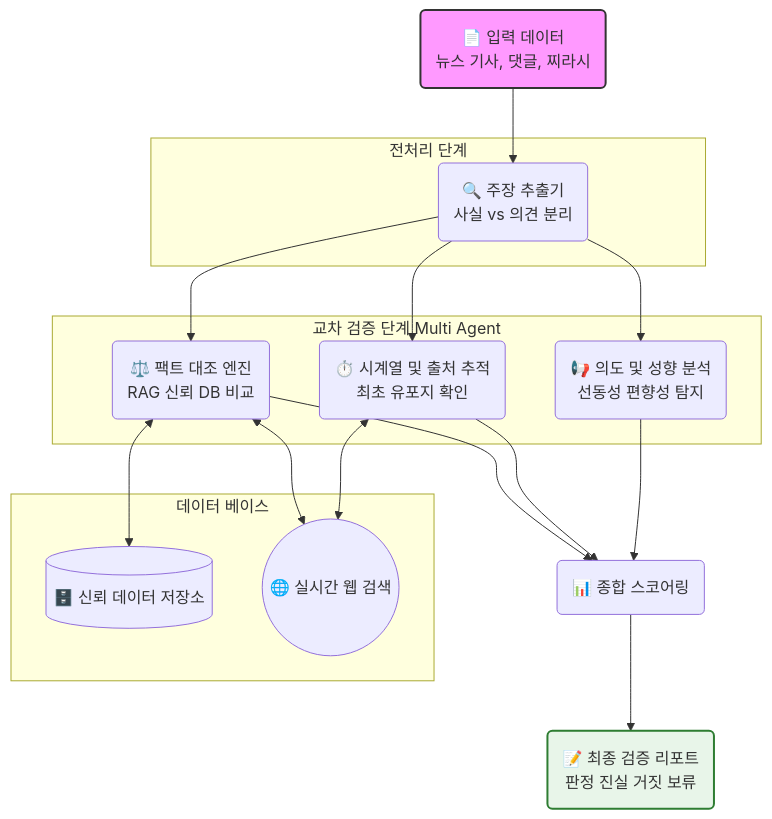
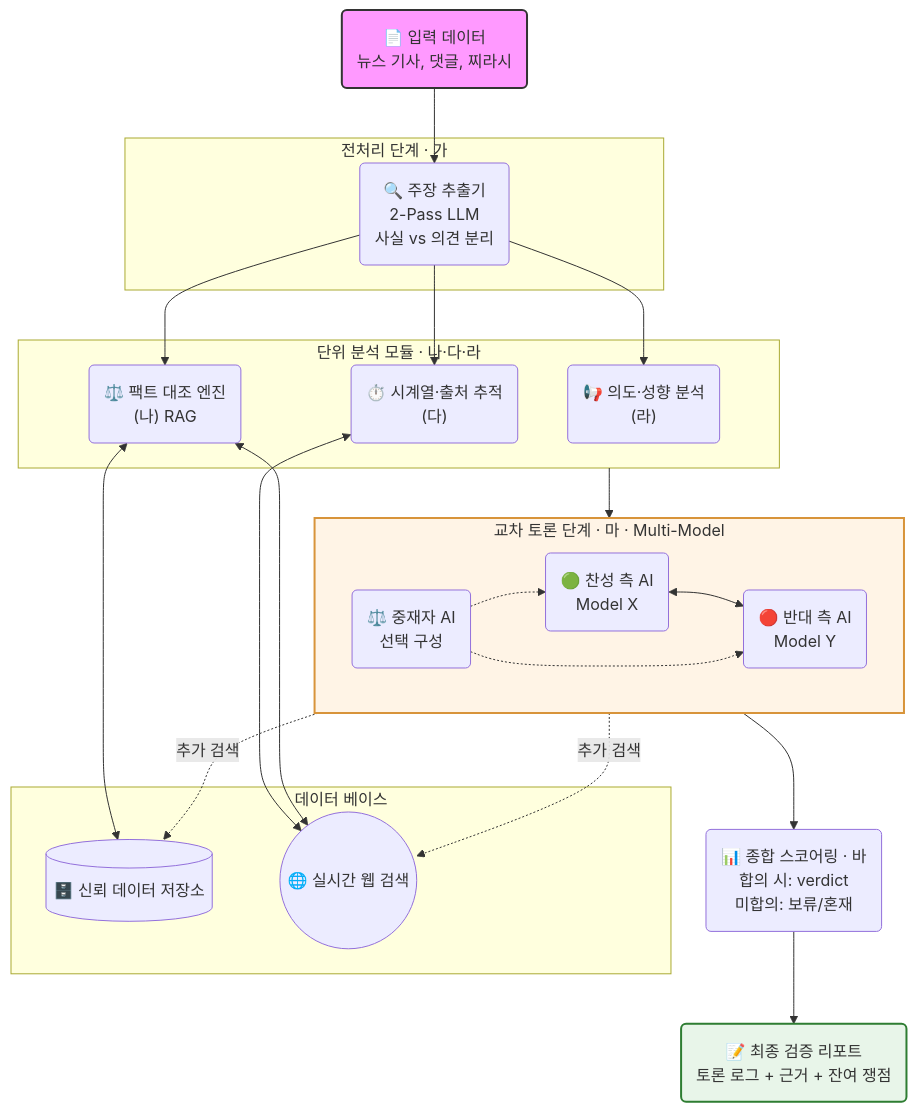
The diagram in images/architecture.mermaid (gbox3d/issue_debugger), drawn with Mermaid before and after one commit. The commit also changed 1 other file, not shown here.

```diff
--- a/images/architecture.mermaid
+++ b/images/architecture.mermaid
@@ -1,38 +1,49 @@
 graph TD
     User_Input("📄 입력 데이터<br>뉴스 기사, 댓글, 찌라시")
 
-    subgraph Preprocessing [전처리 단계]
-        Claim_Ext("🔍 주장 추출기<br>사실 vs 의견 분리")
+    subgraph Preprocessing [전처리 단계 · 가]
+        Claim_Ext("🔍 주장 추출기<br>2-Pass LLM<br>사실 vs 의견 분리")
     end
 
-    subgraph Verification [교차 검증 단계 Multi Agent]
-        Agent_A("⏱️ 시계열 및 출처 추적<br>최초 유포지 확인")
-        Agent_B("⚖️ 팩트 대조 엔진<br>RAG 신뢰 DB 비교")
-        Agent_C("📢 의도 및 성향 분석<br>선동성 편향성 탐지")
+    subgraph Analysis [단위 분석 모듈 · 나·다·라]
+        Agent_A("⏱️ 시계열·출처 추적<br>(다)")
+        Agent_B("⚖️ 팩트 대조 엔진<br>(나) RAG")
+        Agent_C("📢 의도·성향 분석<br>(라)")
     end
 
     subgraph KnowledgeBase [데이터 베이스]
         Trusted_DB[("🗄️ 신뢰 데이터 저장소")]
         Web_Search(("🌐 실시간 웹 검색"))
     end
 
-    Result_Agg("📊 종합 스코어링")
-    Final_Report("📝 최종 검증 리포트<br>판정 진실 거짓 보류")
+    subgraph Debate [교차 토론 단계 · 마 · Multi-Model]
+        Debate_Pro("🟢 찬성 측 AI<br>Model X")
+        Debate_Con("🔴 반대 측 AI<br>Model Y")
+        Debate_Mod("⚖️ 중재자 AI<br>선택 구성")
+        Debate_Pro <--> Debate_Con
+        Debate_Mod -.-> Debate_Pro
+        Debate_Mod -.-> Debate_Con
+    end
+
+    Result_Agg("📊 종합 스코어링 · 바<br>합의 시: verdict<br>미합의: 보류/혼재")
+    Final_Report("📝 최종 검증 리포트<br>토론 로그 + 근거 + 잔여 쟁점")
 
     User_Input --> Claim_Ext
     Claim_Ext --> Agent_A
     Claim_Ext --> Agent_B
     Claim_Ext --> Agent_C
-    
+
     Agent_A <--> Web_Search
     Agent_B <--> Trusted_DB
     Agent_B <--> Web_Search
-    Agent_C --> Result_Agg
-    
-    Agent_A --> Result_Agg
-    Agent_B --> Result_Agg
-    
+
+    Analysis --> Debate
+    Debate -.추가 검색.-> Trusted_DB
+    Debate -.추가 검색.-> Web_Search
+
+    Debate --> Result_Agg
     Result_Agg --> Final_Report
-    
+
     style User_Input fill:#f9f,stroke:#333,stroke-width:2px
     style Final_Report fill:#e8f5e9,stroke:#2e7d32,stroke-width:2px
+    style Debate fill:#fff4e6,stroke:#d8943a,stroke-width:2px
```
